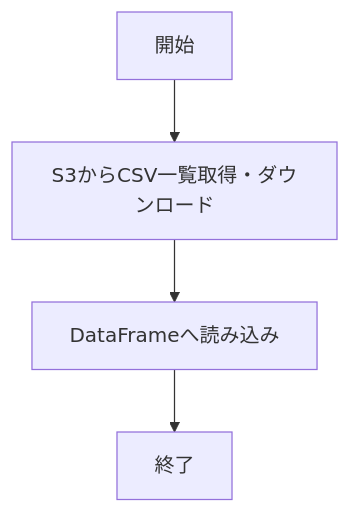
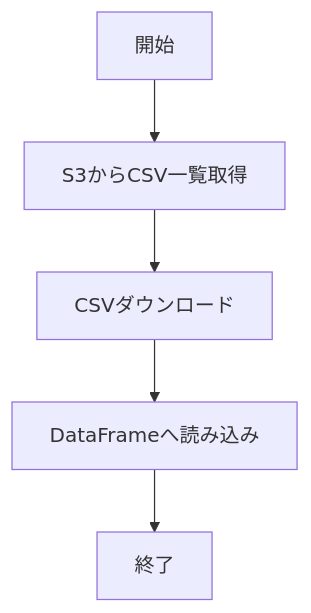
Before and after one commit to tk826/OpenHands-Test: the second of 4 diagrams in BD_DD.md, drawn with Mermaid. The commit also changed other lines of this file, not shown here.

````diff
--- a/BD_DD.md
+++ b/BD_DD.md
@@ -31,6 +34,7 @@
 ```mermaid
 graph TD;
-    A[開始] --> B[S3からCSV一覧取得・ダウンロード]
-    B --> C[DataFrameへ読み込み]
-    C --> D[終了]
+    A[開始] --> B[S3からCSV一覧取得]
+    B --> C[CSVダウンロード]
+    C --> D[DataFrameへ読み込み]
+    D --> E[終了]
 ```
````
